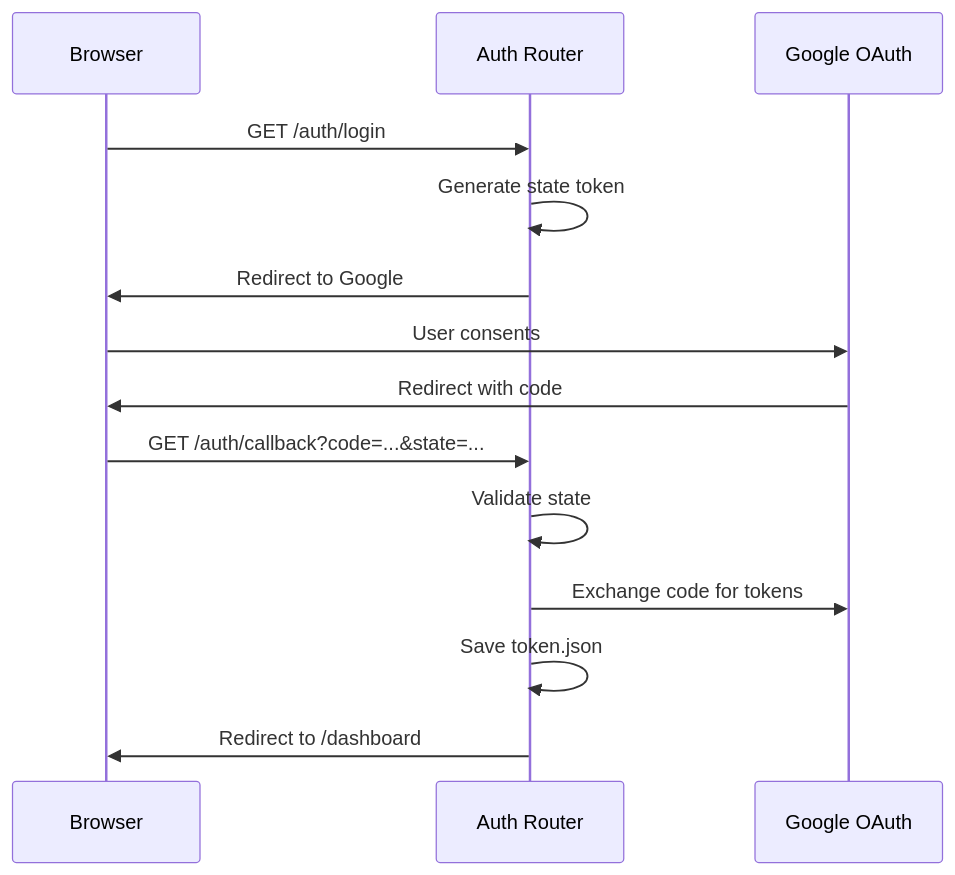
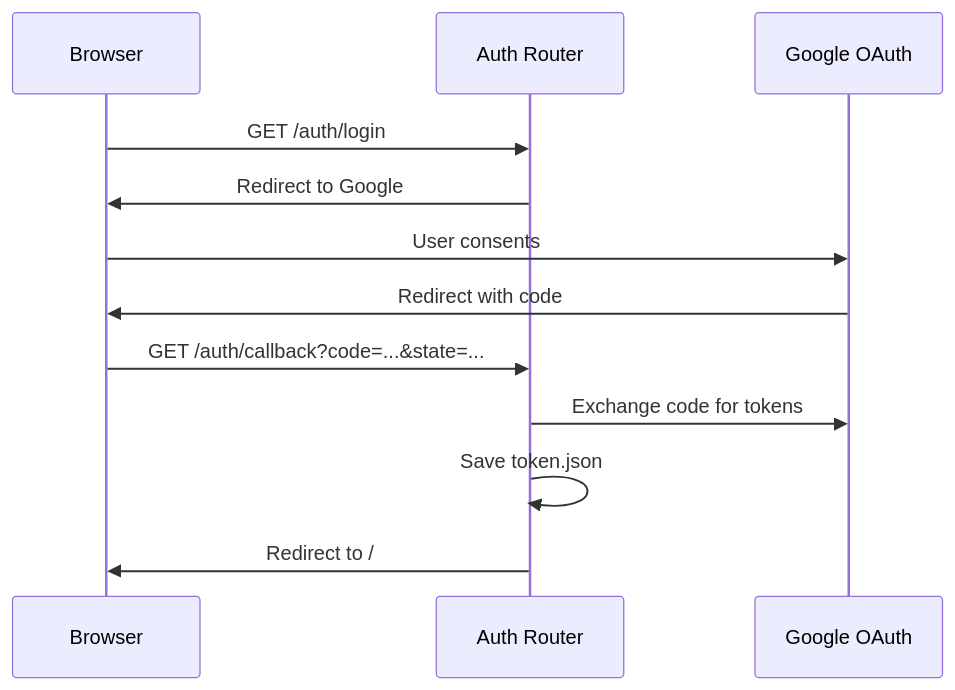
Before and after one commit to caleblmyers/email-cleaner: the second of 4 diagrams in docs/ARCHITECTURE.md, drawn with Mermaid. The commit also changed other lines of this file and 3 other files, not shown here.

First line of the commit message:
Update all documentation for SvelteKit SPA architecture

````diff
--- a/docs/ARCHITECTURE.md
+++ b/docs/ARCHITECTURE.md
@@ -74,17 +83,15 @@
 ```mermaid
 sequenceDiagram
     participant B as Browser
     participant A as Auth Router
     participant G as Google OAuth
 
     B->>A: GET /auth/login
-    A->>A: Generate state token
     A->>B: Redirect to Google
     B->>G: User consents
     G->>B: Redirect with code
     B->>A: GET /auth/callback?code=...&state=...
-    A->>A: Validate state
     A->>G: Exchange code for tokens
     A->>A: Save token.json
-    A->>B: Redirect to /dashboard
+    A->>B: Redirect to /
 ```
````
